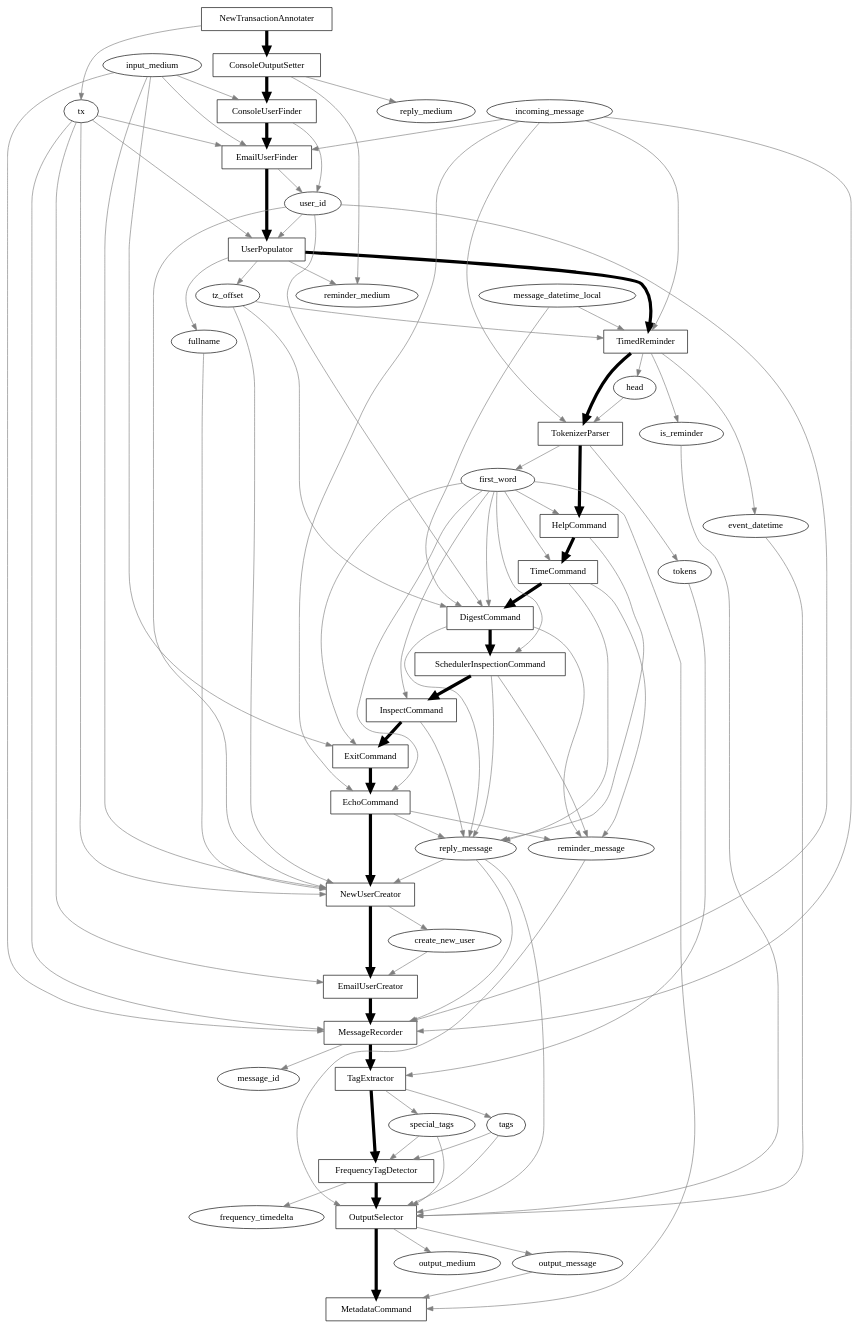
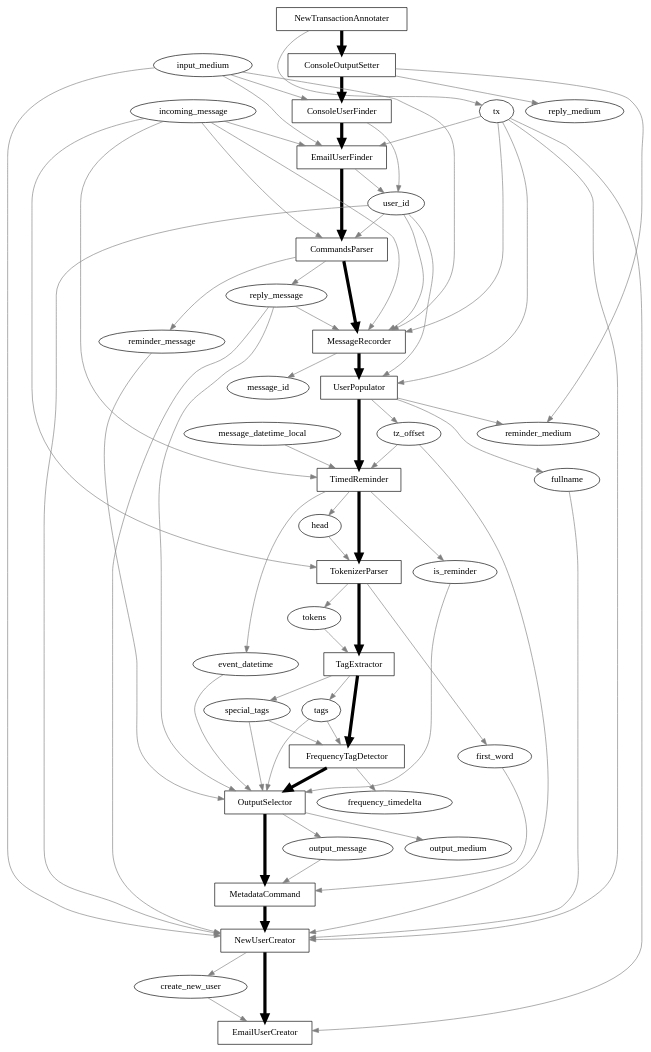
The diagram in src/attic/visualization/message_parsers.dot (rajattags/sandysback), drawn with Graphviz before and after one commit. The commit also changed 3 other files, not shown here.

```diff
--- a/src/attic/visualization/message_parsers.dot
+++ b/src/attic/visualization/message_parsers.dot
@@ -1,118 +1,95 @@
+
 digraph G {
-	node [shape=box]; TimedReminder HelpCommand FrequencyTagDetector DigestCommand EchoCommand ExitCommand MetadataCommand MessageRecorder SchedulerInspectionCommand UserPopulator InspectCommand OutputSelector NewTransactionAnnotater TagExtractor ConsoleUserFinder TimeCommand TokenizerParser EmailUserFinder EmailUserCreator ConsoleOutputSetter NewUserCreator
-	node [shape=ellipse]; input_medium
-	input_medium -> ExitCommand [weight = 10 color = gray];
-	node [shape=ellipse]; first_word
-	first_word -> ExitCommand [weight = 10 color = gray];
+	node [shape=box]; TimedReminder FrequencyTagDetector MetadataCommand MessageRecorder CommandsParser UserPopulator OutputSelector NewTransactionAnnotater TagExtractor ConsoleUserFinder TokenizerParser EmailUserFinder EmailUserCreator ConsoleOutputSetter NewUserCreator
 	node [shape=ellipse]; incoming_message
-	incoming_message -> EchoCommand [weight = 10 color = gray];
-	first_word -> EchoCommand [weight = 10 color = gray];
+	incoming_message -> CommandsParser [weight = 10 color = gray];
+	node [shape=ellipse]; user_id
+	user_id -> CommandsParser [weight = 10 color = gray];
 	node [shape=ellipse]; is_reminder
 	is_reminder -> OutputSelector [weight = 10 color = gray];
 	node [shape=ellipse]; tags
 	tags -> OutputSelector [weight = 10 color = gray];
 	node [shape=ellipse]; reply_message
 	reply_message -> OutputSelector [weight = 10 color = gray];
 	node [shape=ellipse]; reminder_message
 	reminder_message -> OutputSelector [weight = 10 color = gray];
 	node [shape=ellipse]; special_tags
 	special_tags -> OutputSelector [weight = 10 color = gray];
 	node [shape=ellipse]; event_datetime
 	event_datetime -> OutputSelector [weight = 10 color = gray];
-	first_word -> TimeCommand [weight = 10 color = gray];
 	incoming_message -> EmailUserFinder [weight = 10 color = gray];
+	node [shape=ellipse]; input_medium
 	input_medium -> EmailUserFinder [weight = 10 color = gray];
 	node [shape=ellipse]; tx
 	tx -> EmailUserFinder [weight = 10 color = gray];
 	TagExtractor -> special_tags [weight = 10 color = gray];
 	TimedReminder -> event_datetime [weight = 10 color = gray];
 	input_medium -> NewUserCreator [weight = 10 color = gray];
-	node [shape=ellipse]; user_id
 	user_id -> NewUserCreator [weight = 10 color = gray];
 	tx -> NewUserCreator [weight = 10 color = gray];
 	node [shape=ellipse]; tz_offset
 	tz_offset -> NewUserCreator [weight = 10 color = gray];
 	reply_message -> NewUserCreator [weight = 10 color = gray];
 	node [shape=ellipse]; fullname
 	fullname -> NewUserCreator [weight = 10 color = gray];
 	node [shape=ellipse]; create_new_user
 	create_new_user -> EmailUserCreator [weight = 10 color = gray];
 	tx -> EmailUserCreator [weight = 10 color = gray];
 	EmailUserFinder -> user_id [weight = 10 color = gray];
 	ConsoleUserFinder -> user_id [weight = 10 color = gray];
 	NewTransactionAnnotater -> tx [weight = 10 color = gray];
 	UserPopulator -> tz_offset [weight = 10 color = gray];
-	first_word -> InspectCommand [weight = 10 color = gray];
 	UserPopulator -> reminder_medium [weight = 10 color = gray];
 	ConsoleOutputSetter -> reminder_medium [weight = 10 color = gray];
-	TimeCommand -> reminder_message [weight = 10 color = gray];
-	SchedulerInspectionCommand -> reminder_message [weight = 10 color = gray];
-	DigestCommand -> reminder_message [weight = 10 color = gray];
-	EchoCommand -> reminder_message [weight = 10 color = gray];
+	CommandsParser -> reminder_message [weight = 10 color = gray];
 	node [shape=ellipse]; output_message
 	output_message -> MetadataCommand [weight = 10 color = gray];
+	node [shape=ellipse]; first_word
 	first_word -> MetadataCommand [weight = 10 color = gray];
 	OutputSelector -> output_message [weight = 10 color = gray];
 	TokenizerParser -> first_word [weight = 10 color = gray];
 	MessageRecorder -> message_id [weight = 10 color = gray];
 	TimedReminder -> is_reminder [weight = 10 color = gray];
 	TimedReminder -> head [weight = 10 color = gray];
 	TagExtractor -> tags [weight = 10 color = gray];
 	incoming_message -> MessageRecorder [weight = 10 color = gray];
 	input_medium -> MessageRecorder [weight = 10 color = gray];
 	user_id -> MessageRecorder [weight = 10 color = gray];
 	reply_message -> MessageRecorder [weight = 10 color = gray];
 	tx -> MessageRecorder [weight = 10 color = gray];
 	FrequencyTagDetector -> frequency_timedelta [weight = 10 color = gray];
 	NewUserCreator -> create_new_user [weight = 10 color = gray];
 	ConsoleOutputSetter -> reply_medium [weight = 10 color = gray];
 	TokenizerParser -> tokens [weight = 10 color = gray];
-	first_word -> SchedulerInspectionCommand [weight = 10 color = gray];
 	node [shape=ellipse]; tokens
 	tokens -> TagExtractor [weight = 10 color = gray];
+	incoming_message -> TimedReminder [weight = 10 color = gray];
 	node [shape=ellipse]; message_datetime_local
-	message_datetime_local -> DigestCommand [weight = 10 color = gray];
-	user_id -> DigestCommand [weight = 10 color = gray];
-	tz_offset -> DigestCommand [weight = 10 color = gray];
-	first_word -> DigestCommand [weight = 10 color = gray];
-	incoming_message -> TimedReminder [weight = 10 color = gray];
 	message_datetime_local -> TimedReminder [weight = 10 color = gray];
 	tz_offset -> TimedReminder [weight = 10 color = gray];
 	special_tags -> FrequencyTagDetector [weight = 10 color = gray];
 	tags -> FrequencyTagDetector [weight = 10 color = gray];
 	user_id -> UserPopulator [weight = 10 color = gray];
 	tx -> UserPopulator [weight = 10 color = gray];
 	OutputSelector -> output_medium [weight = 10 color = gray];
-	InspectCommand -> reply_message [weight = 10 color = gray];
-	EchoCommand -> reply_message [weight = 10 color = gray];
-	SchedulerInspectionCommand -> reply_message [weight = 10 color = gray];
-	DigestCommand -> reply_message [weight = 10 color = gray];
-	TimeCommand -> reply_message [weight = 10 color = gray];
-	HelpCommand -> reply_message [weight = 10 color = gray];
+	CommandsParser -> reply_message [weight = 10 color = gray];
 	incoming_message -> TokenizerParser [weight = 10 color = gray];
 	node [shape=ellipse]; head
 	head -> TokenizerParser [weight = 10 color = gray];
 	UserPopulator -> fullname [weight = 10 color = gray];
-	first_word -> HelpCommand [weight = 10 color = gray];
 	input_medium -> ConsoleUserFinder [weight = 10 color = gray];
 	NewTransactionAnnotater -> ConsoleOutputSetter [penwidth = 5 weight = 100];
 	ConsoleOutputSetter -> ConsoleUserFinder [penwidth = 5 weight = 100];
 	ConsoleUserFinder -> EmailUserFinder [penwidth = 5 weight = 100];
-	EmailUserFinder -> UserPopulator [penwidth = 5 weight = 100];
+	EmailUserFinder -> CommandsParser [penwidth = 5 weight = 100];
+	CommandsParser -> MessageRecorder [penwidth = 5 weight = 100];
+	MessageRecorder -> UserPopulator [penwidth = 5 weight = 100];
 	UserPopulator -> TimedReminder [penwidth = 5 weight = 100];
 	TimedReminder -> TokenizerParser [penwidth = 5 weight = 100];
-	TokenizerParser -> HelpCommand [penwidth = 5 weight = 100];
-	HelpCommand -> TimeCommand [penwidth = 5 weight = 100];
-	TimeCommand -> DigestCommand [penwidth = 5 weight = 100];
-	DigestCommand -> SchedulerInspectionCommand [penwidth = 5 weight = 100];
-	SchedulerInspectionCommand -> InspectCommand [penwidth = 5 weight = 100];
-	InspectCommand -> ExitCommand [penwidth = 5 weight = 100];
-	ExitCommand -> EchoCommand [penwidth = 5 weight = 100];
-	EchoCommand -> NewUserCreator [penwidth = 5 weight = 100];
-	NewUserCreator -> EmailUserCreator [penwidth = 5 weight = 100];
-	EmailUserCreator -> MessageRecorder [penwidth = 5 weight = 100];
-	MessageRecorder -> TagExtractor [penwidth = 5 weight = 100];
+	TokenizerParser -> TagExtractor [penwidth = 5 weight = 100];
 	TagExtractor -> FrequencyTagDetector [penwidth = 5 weight = 100];
 	FrequencyTagDetector -> OutputSelector [penwidth = 5 weight = 100];
 	OutputSelector -> MetadataCommand [penwidth = 5 weight = 100];
+	MetadataCommand -> NewUserCreator [penwidth = 5 weight = 100];
+	NewUserCreator -> EmailUserCreator [penwidth = 5 weight = 100];
 }
```
